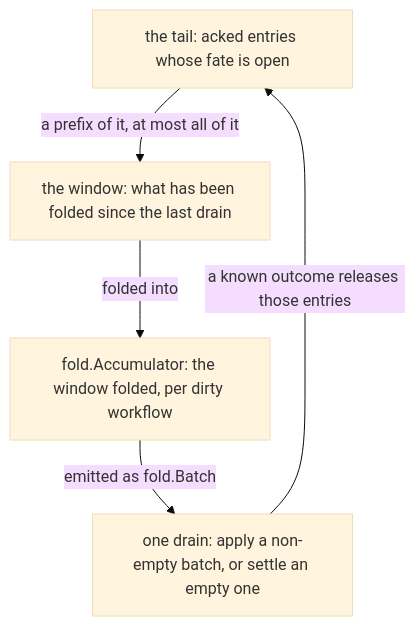
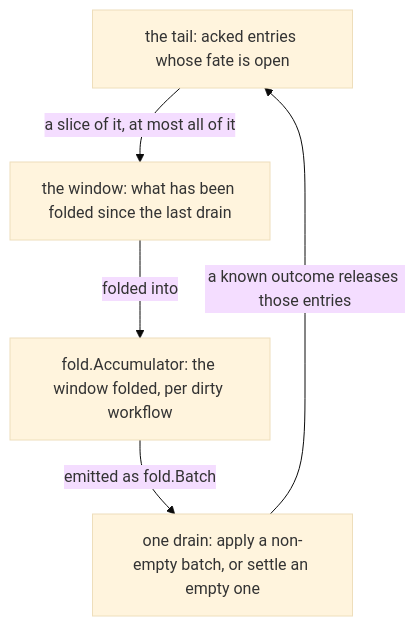
The third of 3 diagrams in docs/handbook/02-concepts-and-invariants.md (aromanovich/waltz), drawn with Mermaid (base theme) before and after one commit. The commit also changed other lines of this file and 20 other files, not shown here.

````diff
--- a/docs/handbook/02-concepts-and-invariants.md
+++ b/docs/handbook/02-concepts-and-invariants.md
@@ -543,11 +543,11 @@
 ```mermaid
 graph TD
   TAIL["the tail: acked entries whose fate is open"]
   WIN["the window: what has been folded since the last drain"]
   ACC["fold.Accumulator: the window folded, per dirty workflow"]
   DR["one drain: apply a non-empty batch, or settle an empty one"]
-  TAIL -->|"a prefix of it, at most all of it"| WIN
+  TAIL -->|"a slice of it, at most all of it"| WIN
   WIN -->|"folded into"| ACC
   ACC -->|"emitted as fold.Batch"| DR
   DR -->|"a known outcome releases those entries"| TAIL
 ```
````
